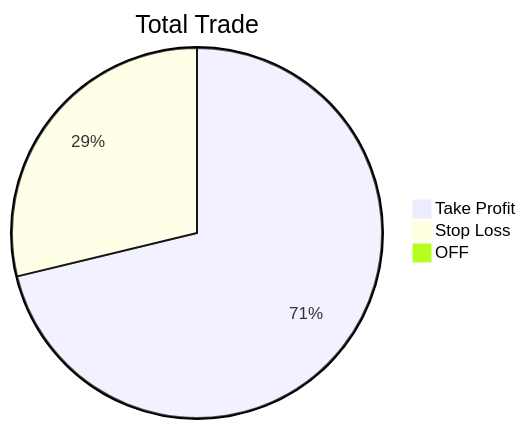
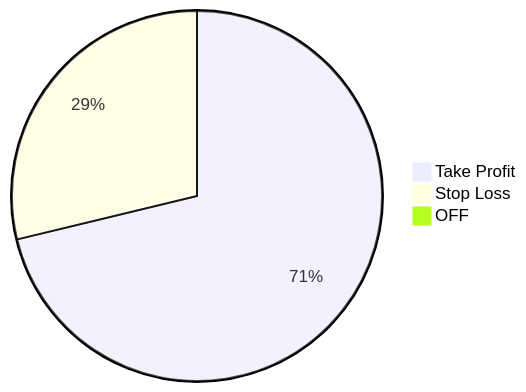
One commit to shifufx/jekyll-uno changed the diagram in _posts/2022-10-1-october-result.md. Above: the diagram before and after it, drawn with Mermaid. The commit also changed 6 other files, not shown here.

```diff
--- a/_posts/2022-10-1-october-result.md
+++ b/_posts/2022-10-1-october-result.md
@@ -51,7 +51,7 @@
 <div class="mermaid">
 
-pie title Total Trade
+pie title 
     "Take Profit" : 52
     "Stop Loss" : 21
     "OFF" : 0
 </div>
```
